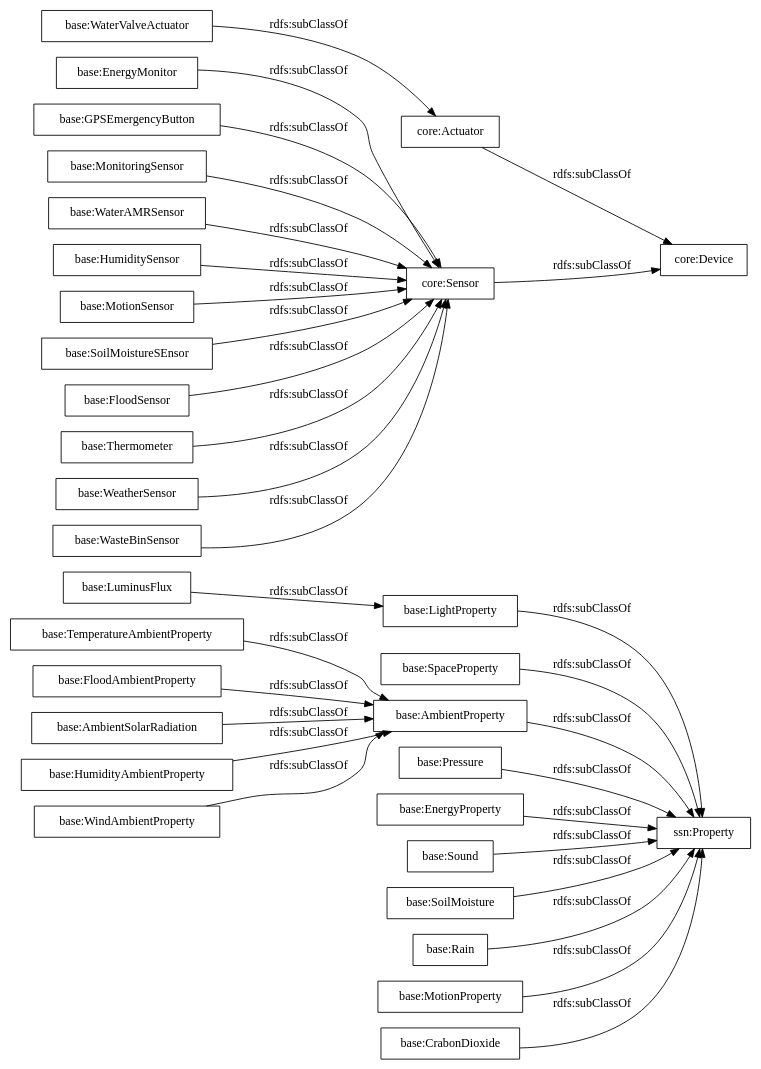
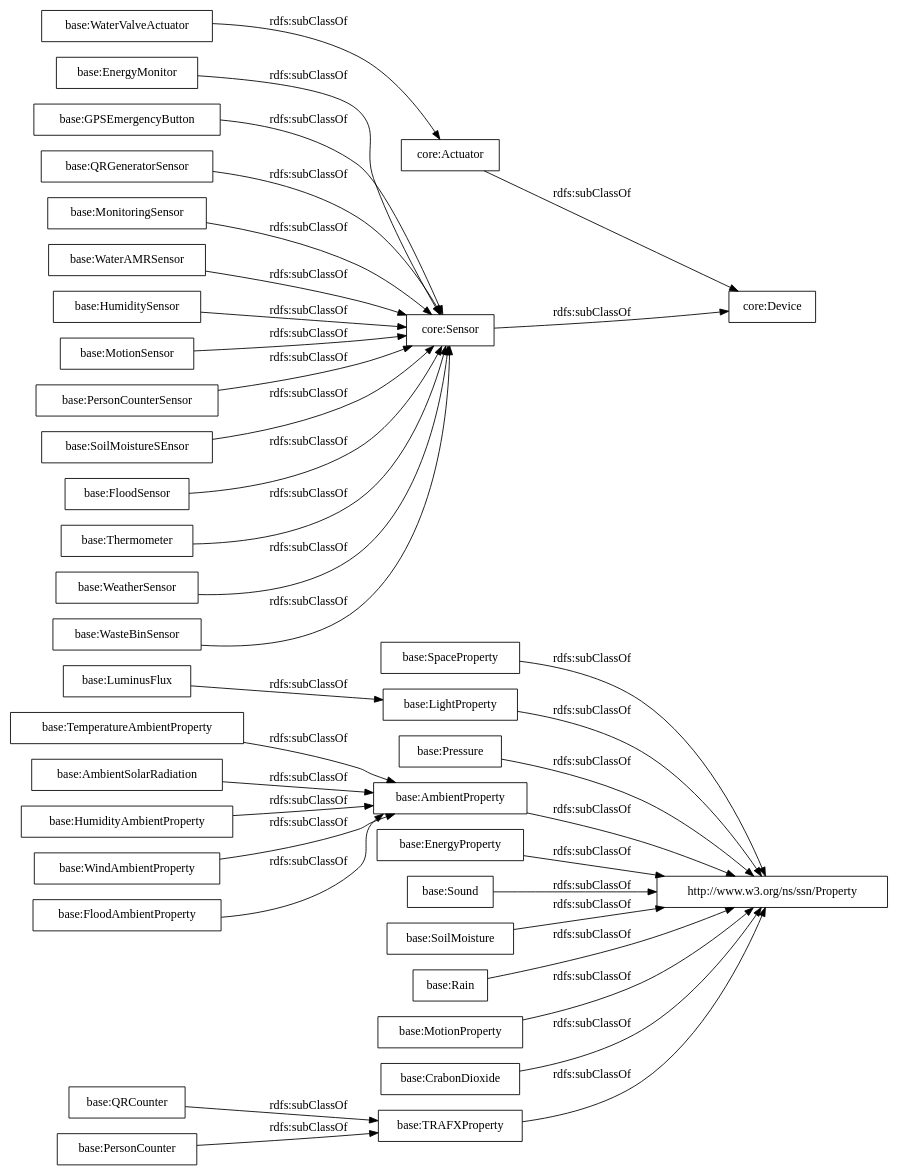
One commit to oeg-upm/auroral-adapters-ontology changed the diagram in OnToology/Ontology/adapters-ontology.owl/diagrams/ar2dtool-taxonomy/adapters-ontology.owl.png.dot. Above: the diagram before and after it, drawn with Graphviz. The commit also changed 12 other files, not shown here.

```diff
--- a/OnToology/Ontology/adapters-ontology.owl/diagrams/ar2dtool-taxonomy/adapters-ontology.owl.png.dot
+++ b/OnToology/Ontology/adapters-ontology.owl/diagrams/ar2dtool-taxonomy/adapters-ontology.owl.png.dot
@@ -1,36 +1,41 @@
 digraph ar2dtool_diagram { 
 rankdir=LR;
 size="1000"
-node [shape = rectangle, color="black"]; "base:TemperatureAmbientProperty" "base:SpaceProperty" "base:LightProperty" "base:EnergyMonitor" "base:Pressure" "base:MonitoringSensor" "base:WaterAMRSensor" "base:AmbientProperty" "base:HumiditySensor" "ssn:Property" "base:AmbientSolarRadiation" "core:Actuator" "base:HumidityAmbientProperty" "base:MotionSensor" "base:LuminusFlux" "base:WindAmbientProperty" "base:WaterValveActuator" "base:EnergyProperty" "base:SoilMoistureSEnsor" "base:FloodAmbientProperty" "base:Sound" "base:FloodSensor" "core:Device" "base:Thermometer" "base:SoilMoisture" "core:Sensor" "base:WeatherSensor" "base:Rain" "base:WasteBinSensor" "base:MotionProperty" "base:GPSEmergencyButton" "base:CrabonDioxide" ; /*classes style*/
-	"base:EnergyProperty" -> "ssn:Property" [ label = "rdfs:subClassOf" ];
-	"base:Rain" -> "ssn:Property" [ label = "rdfs:subClassOf" ];
+node [shape = rectangle, color="black"]; "base:TRAFXProperty" "base:TemperatureAmbientProperty" "base:SpaceProperty" "base:LightProperty" "base:EnergyMonitor" "base:QRGeneratorSensor" "base:Pressure" "base:MonitoringSensor" "base:WaterAMRSensor" "base:AmbientProperty" "base:HumiditySensor" "base:AmbientSolarRadiation" "core:Actuator" "base:HumidityAmbientProperty" "base:MotionSensor" "base:LuminusFlux" "base:WindAmbientProperty" "base:WaterValveActuator" "base:EnergyProperty" "base:QRCounter" "base:PersonCounterSensor" "base:SoilMoistureSEnsor" "base:FloodAmbientProperty" "http://www.w3.org/ns/ssn/Property" "base:Sound" "base:FloodSensor" "core:Device" "base:Thermometer" "base:SoilMoisture" "core:Sensor" "base:PersonCounter" "base:WeatherSensor" "base:Rain" "base:WasteBinSensor" "base:MotionProperty" "base:GPSEmergencyButton" "base:CrabonDioxide" ; /*classes style*/
+	"base:EnergyProperty" -> "http://www.w3.org/ns/ssn/Property" [ label = "rdfs:subClassOf" ];
+	"base:Rain" -> "http://www.w3.org/ns/ssn/Property" [ label = "rdfs:subClassOf" ];
 	"base:WeatherSensor" -> "core:Sensor" [ label = "rdfs:subClassOf" ];
-	"base:CrabonDioxide" -> "ssn:Property" [ label = "rdfs:subClassOf" ];
+	"base:PersonCounterSensor" -> "core:Sensor" [ label = "rdfs:subClassOf" ];
+	"base:QRGeneratorSensor" -> "core:Sensor" [ label = "rdfs:subClassOf" ];
+	"base:CrabonDioxide" -> "http://www.w3.org/ns/ssn/Property" [ label = "rdfs:subClassOf" ];
+	"base:PersonCounter" -> "base:TRAFXProperty" [ label = "rdfs:subClassOf" ];
 	"base:HumiditySensor" -> "core:Sensor" [ label = "rdfs:subClassOf" ];
-	"base:MotionProperty" -> "ssn:Property" [ label = "rdfs:subClassOf" ];
+	"base:MotionProperty" -> "http://www.w3.org/ns/ssn/Property" [ label = "rdfs:subClassOf" ];
 	"base:WasteBinSensor" -> "core:Sensor" [ label = "rdfs:subClassOf" ];
-	"base:AmbientProperty" -> "ssn:Property" [ label = "rdfs:subClassOf" ];
+	"base:QRCounter" -> "base:TRAFXProperty" [ label = "rdfs:subClassOf" ];
+	"base:AmbientProperty" -> "http://www.w3.org/ns/ssn/Property" [ label = "rdfs:subClassOf" ];
 	"base:HumidityAmbientProperty" -> "base:AmbientProperty" [ label = "rdfs:subClassOf" ];
 	"base:MotionSensor" -> "core:Sensor" [ label = "rdfs:subClassOf" ];
-	"base:SoilMoisture" -> "ssn:Property" [ label = "rdfs:subClassOf" ];
+	"base:SoilMoisture" -> "http://www.w3.org/ns/ssn/Property" [ label = "rdfs:subClassOf" ];
 	"base:FloodAmbientProperty" -> "base:AmbientProperty" [ label = "rdfs:subClassOf" ];
 	"base:MonitoringSensor" -> "core:Sensor" [ label = "rdfs:subClassOf" ];
+	"base:GPSEmergencyButton" -> "core:Sensor" [ label = "rdfs:subClassOf" ];
 	"base:EnergyMonitor" -> "core:Sensor" [ label = "rdfs:subClassOf" ];
-	"base:GPSEmergencyButton" -> "core:Sensor" [ label = "rdfs:subClassOf" ];
 	"base:FloodSensor" -> "core:Sensor" [ label = "rdfs:subClassOf" ];
 	"base:SoilMoistureSEnsor" -> "core:Sensor" [ label = "rdfs:subClassOf" ];
-	"base:Sound" -> "ssn:Property" [ label = "rdfs:subClassOf" ];
+	"base:Sound" -> "http://www.w3.org/ns/ssn/Property" [ label = "rdfs:subClassOf" ];
 	"base:WindAmbientProperty" -> "base:AmbientProperty" [ label = "rdfs:subClassOf" ];
-	"base:Pressure" -> "ssn:Property" [ label = "rdfs:subClassOf" ];
+	"base:Pressure" -> "http://www.w3.org/ns/ssn/Property" [ label = "rdfs:subClassOf" ];
 	"base:LuminusFlux" -> "base:LightProperty" [ label = "rdfs:subClassOf" ];
 	"base:WaterAMRSensor" -> "core:Sensor" [ label = "rdfs:subClassOf" ];
 	"core:Sensor" -> "core:Device" [ label = "rdfs:subClassOf" ];
-	"base:LightProperty" -> "ssn:Property" [ label = "rdfs:subClassOf" ];
+	"base:LightProperty" -> "http://www.w3.org/ns/ssn/Property" [ label = "rdfs:subClassOf" ];
 	"core:Actuator" -> "core:Device" [ label = "rdfs:subClassOf" ];
 	"base:Thermometer" -> "core:Sensor" [ label = "rdfs:subClassOf" ];
 	"base:TemperatureAmbientProperty" -> "base:AmbientProperty" [ label = "rdfs:subClassOf" ];
-	"base:SpaceProperty" -> "ssn:Property" [ label = "rdfs:subClassOf" ];
+	"base:SpaceProperty" -> "http://www.w3.org/ns/ssn/Property" [ label = "rdfs:subClassOf" ];
 	"base:WaterValveActuator" -> "core:Actuator" [ label = "rdfs:subClassOf" ];
 	"base:AmbientSolarRadiation" -> "base:AmbientProperty" [ label = "rdfs:subClassOf" ];
+	"base:TRAFXProperty" -> "http://www.w3.org/ns/ssn/Property" [ label = "rdfs:subClassOf" ];
 
 }
```
